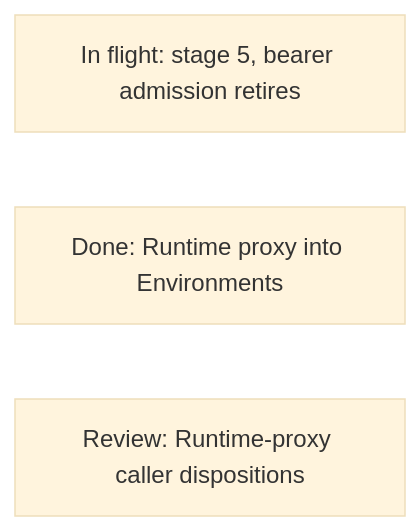
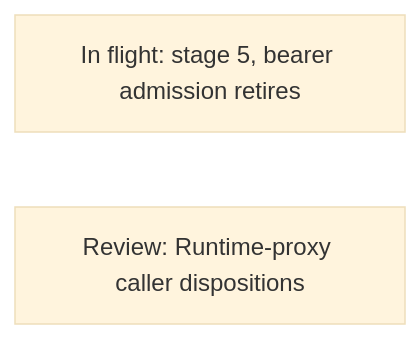
One commit to agentydragon/ducktape changed the first of 20 diagrams in agentplane/plans/task_dag.md. Above: the diagram before and after it, drawn with Mermaid (base theme). The commit also changed other lines of this file and 1 other file, not shown here.

First line of the commit message:
agentplane/plans: burn down the Runtime proxy and Sessions directory moves

````diff
--- a/agentplane/plans/task_dag.md
+++ b/agentplane/plans/task_dag.md
@@ -206,6 +203,5 @@
 ```mermaid
 flowchart LR
     PRIVILEGED_BACKEND_AUTH_DESIGN[In flight: stage 5, bearer admission retires]
-    RUNTIME_PROXY_TO_ENVIRONMENTS[Done: Runtime proxy into Environments]
     RUNTIME_PROXY_CALLER_AUDIT[Review: Runtime-proxy caller dispositions]
 ```
````
